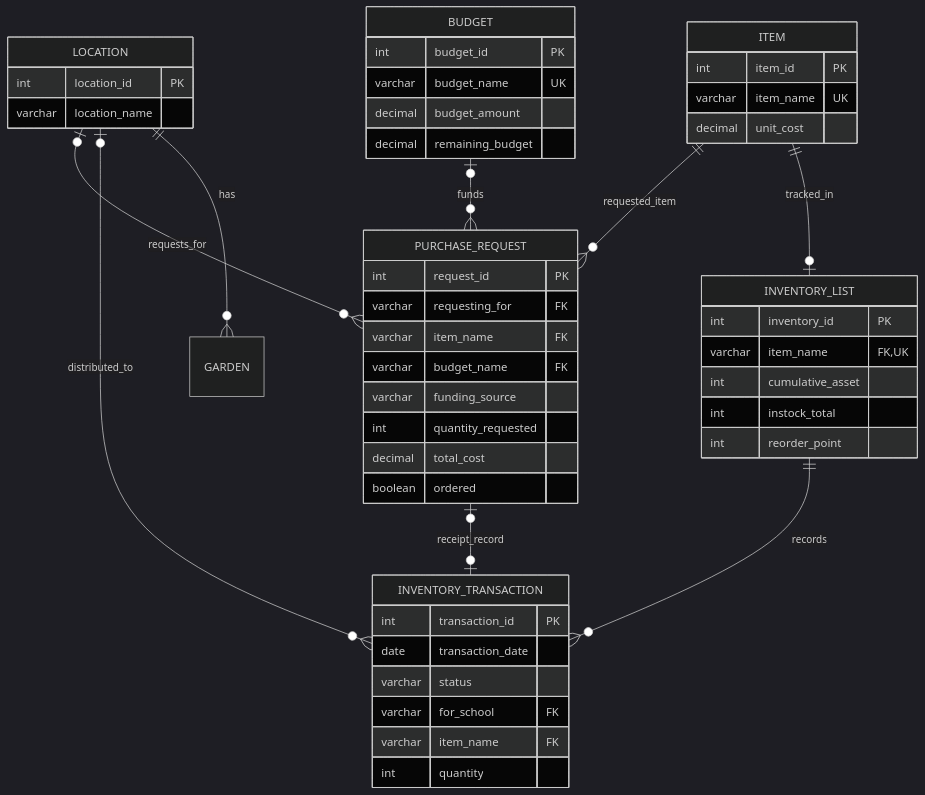
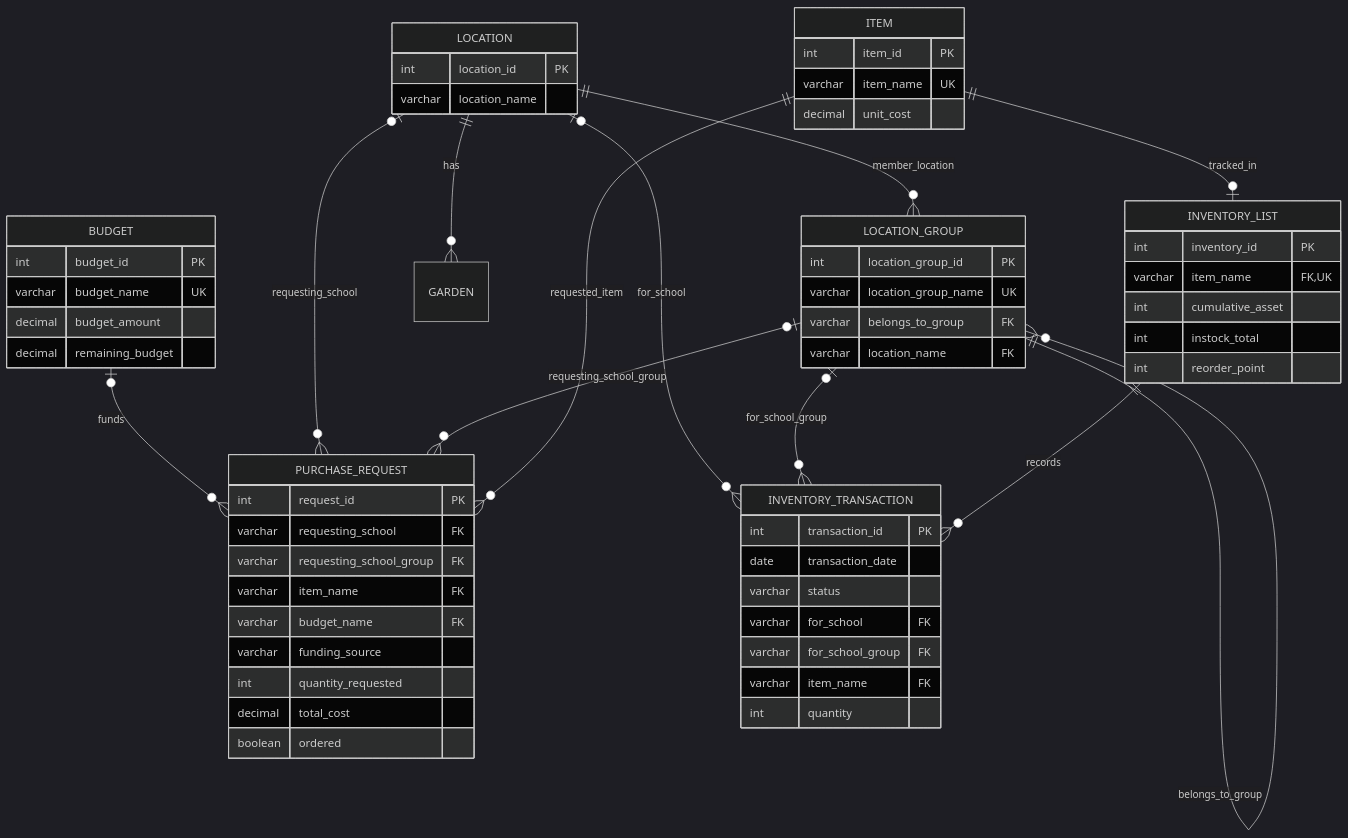
The first of 2 diagrams in README.md (CrisOrnelas99/Garden-Database), drawn with Mermaid (dark theme) before and after one commit. The commit also changed other lines of this file and 4 other files, not shown here.

````diff
--- a/README.md
+++ b/README.md
@@ -30,61 +30,73 @@
 ```mermaid
 erDiagram
 
     BUDGET o|--o{ PURCHASE_REQUEST : funds
 
-    LOCATION o|--o{ PURCHASE_REQUEST : requests_for
-    LOCATION o|--o{ INVENTORY_TRANSACTION : distributed_to
+    LOCATION o|--o{ PURCHASE_REQUEST : requesting_school
+    LOCATION o|--o{ INVENTORY_TRANSACTION : for_school
+    LOCATION_GROUP o|--o{ PURCHASE_REQUEST : requesting_school_group
+    LOCATION_GROUP o|--o{ INVENTORY_TRANSACTION : for_school_group
+    LOCATION_GROUP ||--o{ LOCATION_GROUP : belongs_to_group
+    LOCATION ||--o{ LOCATION_GROUP : member_location
     LOCATION ||--o{ GARDEN : has
 
     ITEM ||--o{ PURCHASE_REQUEST : requested_item
     ITEM ||--o| INVENTORY_LIST : tracked_in
 
     INVENTORY_LIST ||--o{ INVENTORY_TRANSACTION : records
-    PURCHASE_REQUEST o|--o| INVENTORY_TRANSACTION : receipt_record
 
     BUDGET {
         int budget_id PK
         varchar budget_name UK
         decimal budget_amount
         decimal remaining_budget
     }
 
     LOCATION {
         int location_id PK
         varchar location_name
+    }
+
+    LOCATION_GROUP {
+        int location_group_id PK
+        varchar location_group_name UK
+        varchar belongs_to_group FK
+        varchar location_name FK
     }
 
     ITEM {
         int item_id PK
         varchar item_name UK
         decimal unit_cost
     }
 
     INVENTORY_LIST {
         int inventory_id PK
         varchar item_name FK, UK
         int cumulative_asset
         int instock_total
         int reorder_point
     }
 
     PURCHASE_REQUEST {
         int request_id PK
-        varchar requesting_for FK
+        varchar requesting_school FK
+        varchar requesting_school_group FK
         varchar item_name FK
         varchar budget_name FK
         varchar funding_source
         int quantity_requested
         decimal total_cost
         boolean ordered
     }
 
     INVENTORY_TRANSACTION {
         int transaction_id PK
         date transaction_date
         varchar status
         varchar for_school FK
+        varchar for_school_group FK
         varchar item_name FK
         int quantity
     }
 ```
````
